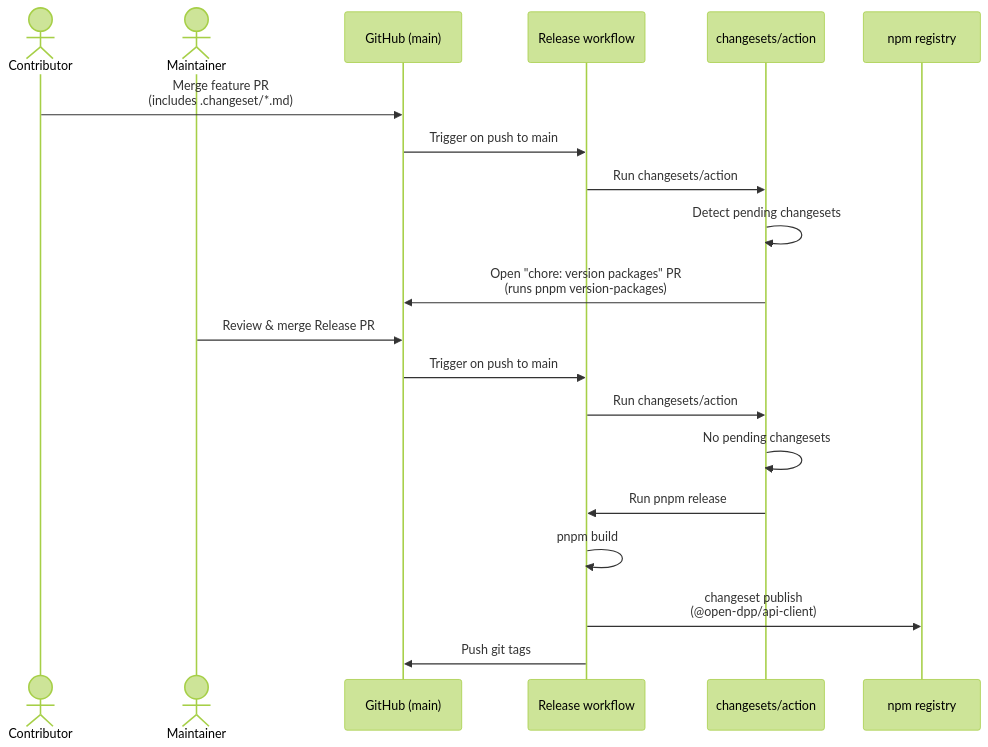
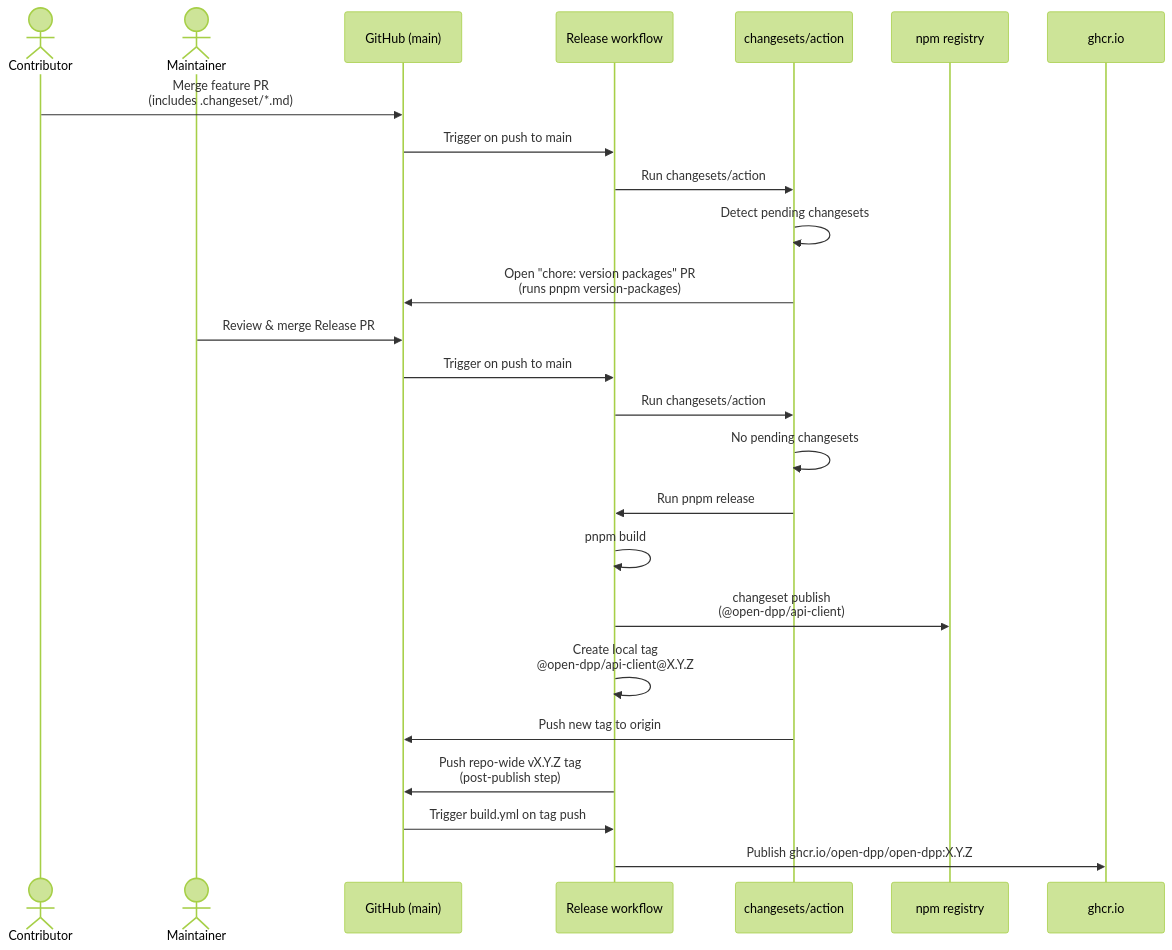
One commit to open-dpp/open-dpp changed the second of 2 diagrams in RELEASING.md. Above: the diagram before and after it, drawn with Mermaid (forest theme). The commit also changed other lines of this file, not shown here.

Commit message:
docs: update RELEASING.md for dual-package publish

````diff
--- a/RELEASING.md
+++ b/RELEASING.md
@@ -87,23 +91,28 @@
 ```mermaid
 sequenceDiagram
     actor Dev as Contributor
     actor Maint as Maintainer
     participant GH as GitHub (main)
     participant WF as Release workflow
     participant CS as changesets/action
     participant NPM as npm registry
+    participant GHCR as ghcr.io
 
     Dev->>GH: Merge feature PR<br/>(includes .changeset/*.md)
     GH->>WF: Trigger on push to main
     WF->>CS: Run changesets/action
     CS->>CS: Detect pending changesets
     CS->>GH: Open "chore: version packages" PR<br/>(runs pnpm version-packages)
     Maint->>GH: Review & merge Release PR
     GH->>WF: Trigger on push to main
     WF->>CS: Run changesets/action
     CS->>CS: No pending changesets
     CS->>WF: Run pnpm release
     WF->>WF: pnpm build
     WF->>NPM: changeset publish<br/>(@open-dpp/api-client)
-    WF->>GH: Push git tags
+    WF->>WF: Create local tag<br/>@open-dpp/api-client@X.Y.Z
+    CS->>GH: Push new tag to origin
+    WF->>GH: Push repo-wide vX.Y.Z tag<br/>(post-publish step)
+    GH->>WF: Trigger build.yml on tag push
+    WF->>GHCR: Publish ghcr.io/open-dpp/open-dpp:X.Y.Z
 ```
````
